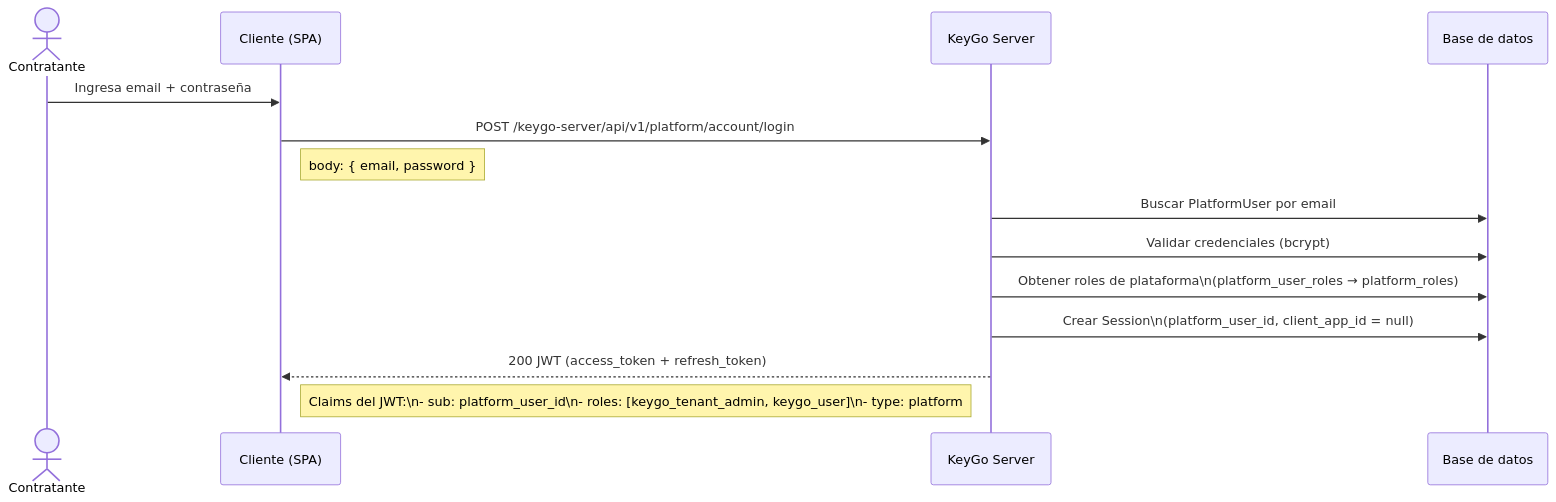
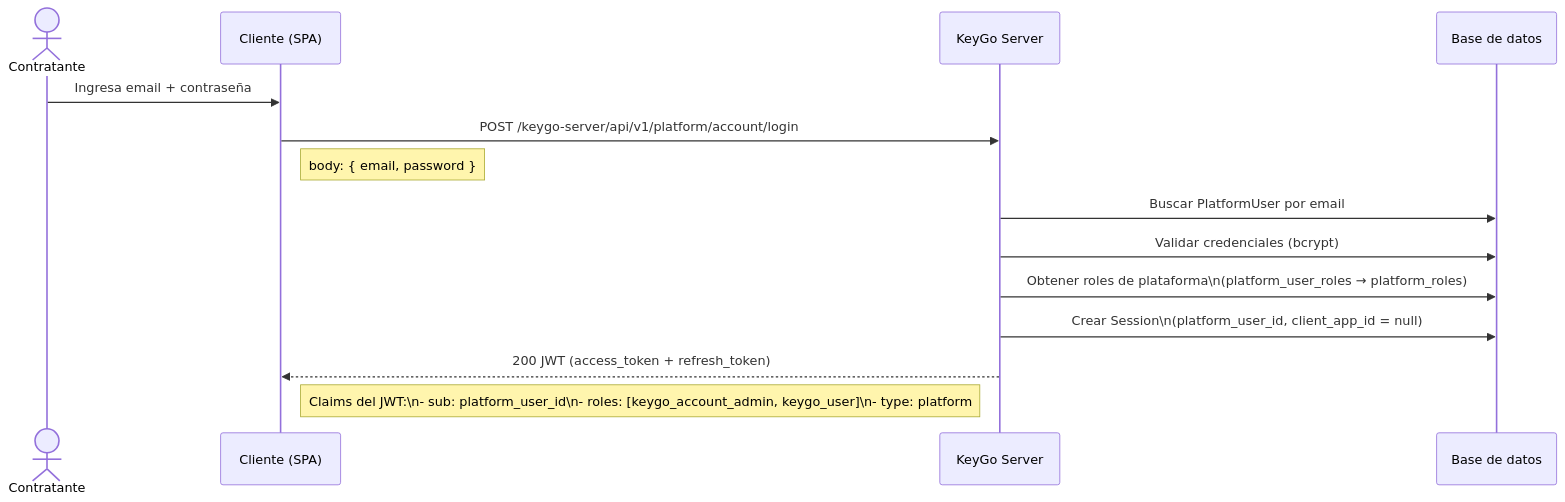
One commit to cmartinezs/keygo-web-ui changed the fourth of 10 diagrams in docs/02-functional/05-billing-flow-contractor-model.md. Above: the diagram before and after it, drawn with Mermaid. The commit also changed other lines of this file and 93 other files, not shown here.

````diff
--- a/docs/02-functional/05-billing-flow-contractor-model.md
+++ b/docs/02-functional/05-billing-flow-contractor-model.md
@@ -254,17 +254,17 @@
 ```mermaid
 sequenceDiagram
     actor U as Contratante
     participant C as Cliente (SPA)
     participant K as KeyGo Server
     participant DB as Base de datos
 
     U->>C: Ingresa email + contraseña
     C->>K: POST /keygo-server/api/v1/platform/account/login
     Note right of C: body: { email, password }
     K->>DB: Buscar PlatformUser por email
     K->>DB: Validar credenciales (bcrypt)
     K->>DB: Obtener roles de plataforma\n(platform_user_roles → platform_roles)
     K->>DB: Crear Session\n(platform_user_id, client_app_id = null)
     K-->>C: 200 JWT (access_token + refresh_token)
-    Note left of K: Claims del JWT:\n- sub: platform_user_id\n- roles: [keygo_tenant_admin, keygo_user]\n- type: platform
+    Note left of K: Claims del JWT:\n- sub: platform_user_id\n- roles: [keygo_account_admin, keygo_user]\n- type: platform
 ```
````
